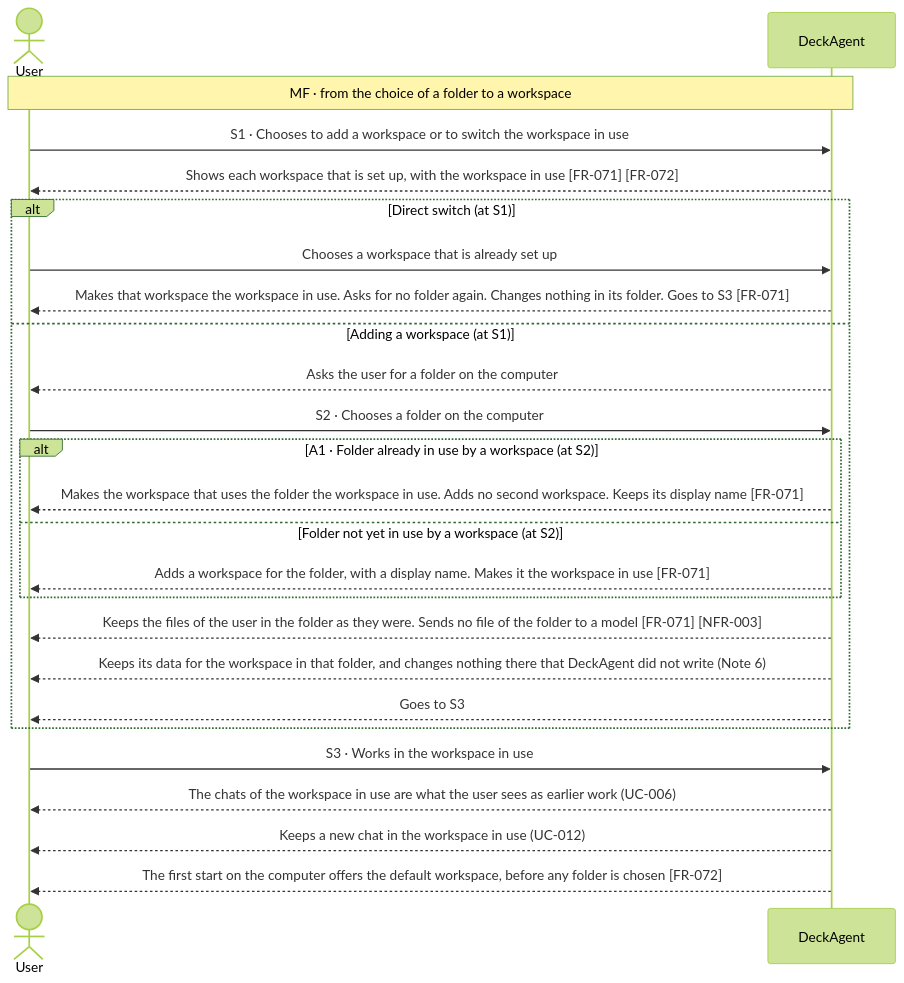
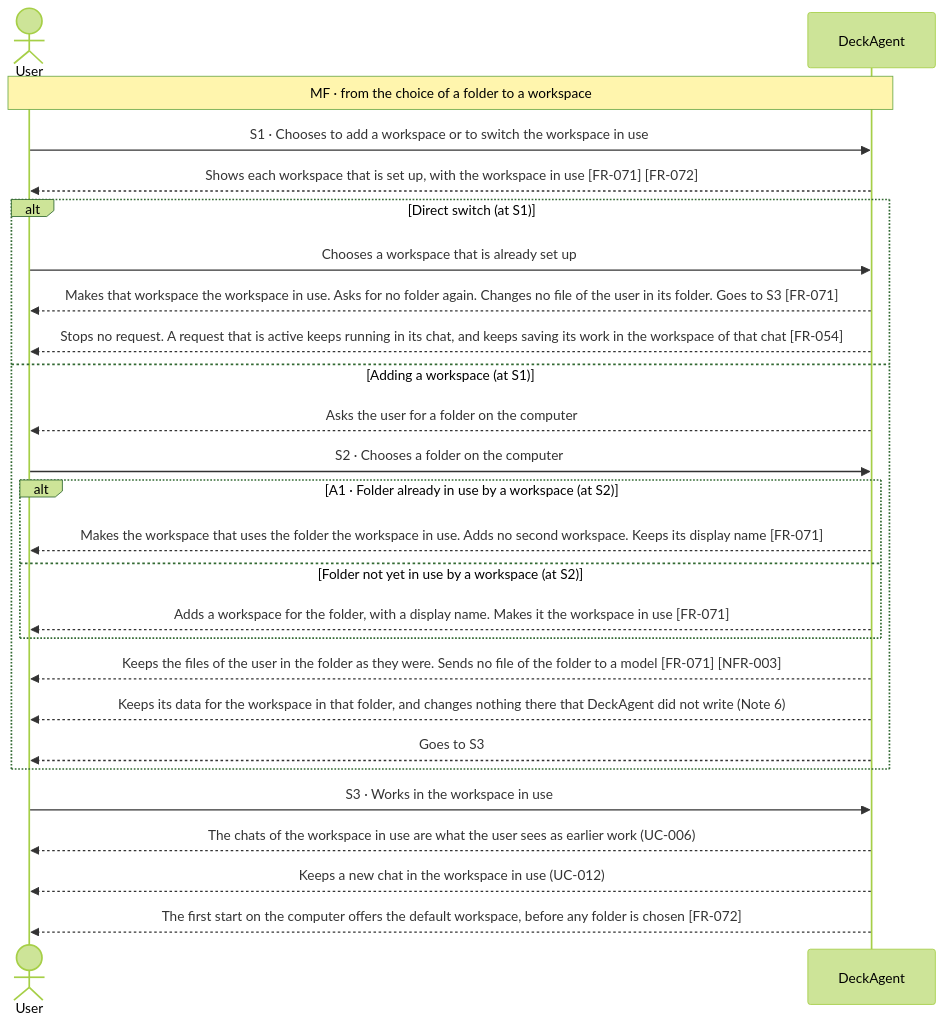
The first of 2 diagrams in docs/spec/03-use-cases/UC-013.md (Luke23127006/DeckAgent), drawn with Mermaid (forest theme) before and after one commit. The commit also changed other lines of this file and 5 other files, not shown here.

First line of the commit message:
docs(spec): stop promising chats whose folder is gone, and keep requests running on a switch

````diff
--- a/docs/spec/03-use-cases/UC-013.md
+++ b/docs/spec/03-use-cases/UC-013.md
@@ -41,27 +41,28 @@
 ```mermaid
 sequenceDiagram
     actor User
     participant DeckAgent
     Note over User,DeckAgent: MF · from the choice of a folder to a workspace
     User->>DeckAgent: S1 · Chooses to add a workspace or to switch the workspace in use
     DeckAgent-->>User: Shows each workspace that is set up, with the workspace in use [FR-071] [FR-072]
     alt Direct switch (at S1)
         User->>DeckAgent: Chooses a workspace that is already set up
-        DeckAgent-->>User: Makes that workspace the workspace in use. Asks for no folder again. Changes nothing in its folder. Goes to S3 [FR-071]
+        DeckAgent-->>User: Makes that workspace the workspace in use. Asks for no folder again. Changes no file of the user in its folder. Goes to S3 [FR-071]
+        DeckAgent-->>User: Stops no request. A request that is active keeps running in its chat, and keeps saving its work in the workspace of that chat [FR-054]
     else Adding a workspace (at S1)
         DeckAgent-->>User: Asks the user for a folder on the computer
         User->>DeckAgent: S2 · Chooses a folder on the computer
         alt A1 · Folder already in use by a workspace (at S2)
             DeckAgent-->>User: Makes the workspace that uses the folder the workspace in use. Adds no second workspace. Keeps its display name [FR-071]
         else Folder not yet in use by a workspace (at S2)
             DeckAgent-->>User: Adds a workspace for the folder, with a display name. Makes it the workspace in use [FR-071]
         end
         DeckAgent-->>User: Keeps the files of the user in the folder as they were. Sends no file of the folder to a model [FR-071] [NFR-003]
         DeckAgent-->>User: Keeps its data for the workspace in that folder, and changes nothing there that DeckAgent did not write (Note 6)
         DeckAgent-->>User: Goes to S3
     end
     User->>DeckAgent: S3 · Works in the workspace in use
     DeckAgent-->>User: The chats of the workspace in use are what the user sees as earlier work (UC-006)
     DeckAgent-->>User: Keeps a new chat in the workspace in use (UC-012)
     DeckAgent-->>User: The first start on the computer offers the default workspace, before any folder is chosen [FR-072]
 ```
````
